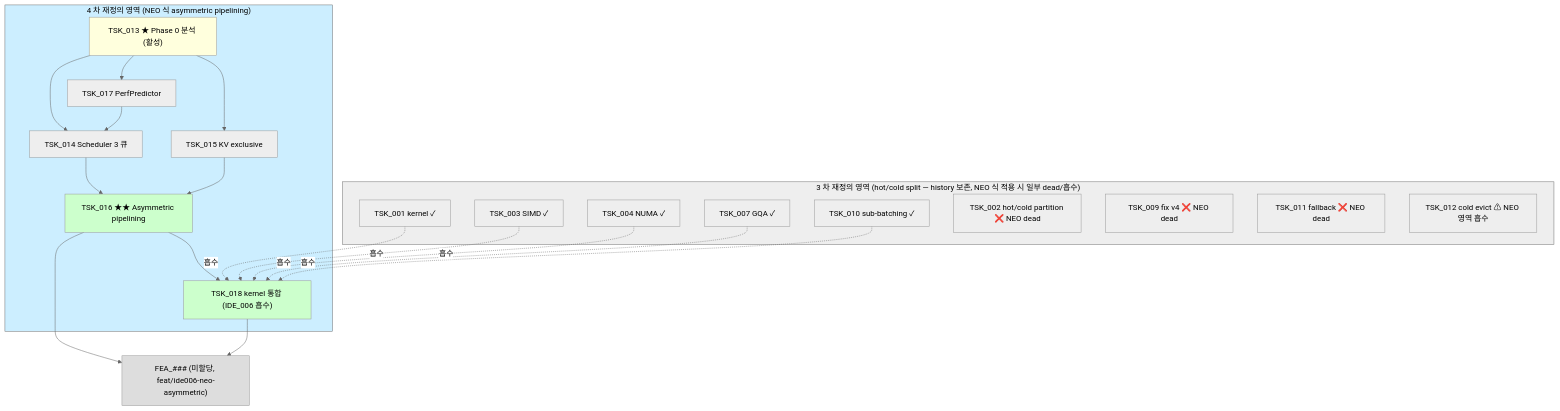
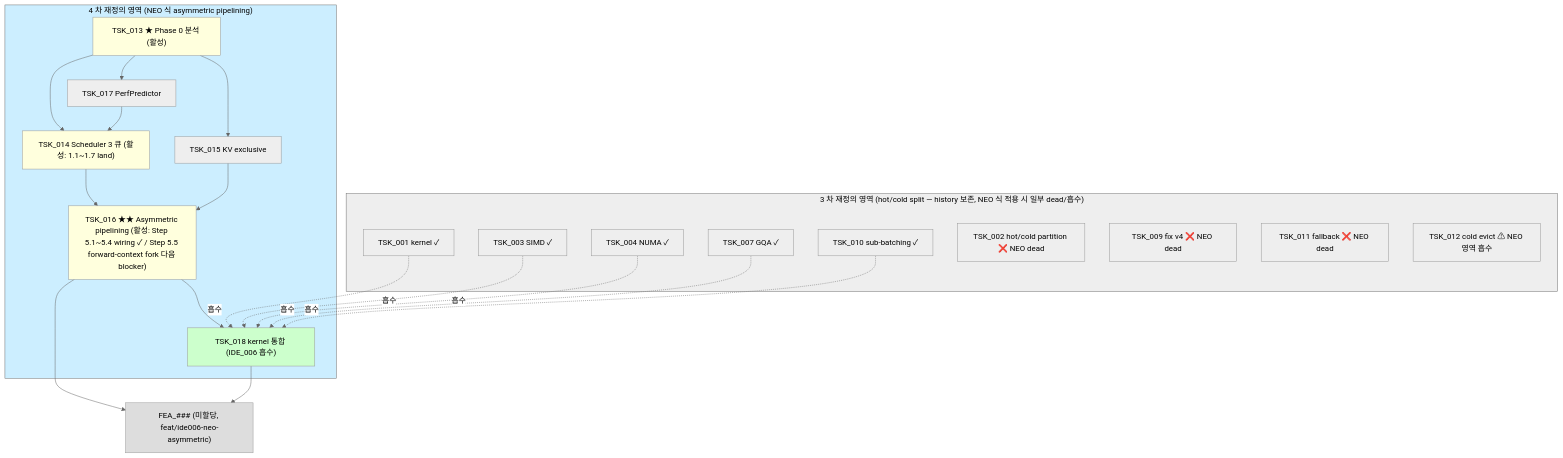
Before and after one commit to mystous/vllm_hybrid: the second of 2 diagrams in shadow_assists/features/IDE_006/README.md, drawn with Mermaid (neutral theme). The commit also changed other lines of this file and 9 other files, not shown here.

First line of the commit message:
feat(IDE_006/TSK_016 Step 5.4): dual sub-batch forward 분기 + Qwen2 NEO port + 진단 chain

````diff
--- a/shadow_assists/features/IDE_006/README.md
+++ b/shadow_assists/features/IDE_006/README.md
@@ -319,48 +319,49 @@
 ```mermaid
 flowchart TB
     subgraph IDE006_LEGACY["3 차 재정의 영역 (hot/cold split — history 보존, NEO 식 적용 시 일부 dead/흡수)"]
         T1["TSK_001 kernel ✓"]
         T3["TSK_003 SIMD ✓"]
         T4["TSK_004 NUMA ✓"]
         T7["TSK_007 GQA ✓"]
         T10["TSK_010 sub-batching ✓"]
         T2["TSK_002 hot/cold partition ❌ NEO dead"]
         T9["TSK_009 fix v4 ❌ NEO dead"]
         T11["TSK_011 fallback ❌ NEO dead"]
         T12["TSK_012 cold evict ⚠ NEO 영역 흡수"]
     end
 
     subgraph IDE006_NEO["4 차 재정의 영역 (NEO 식 asymmetric pipelining)"]
         T13["TSK_013 ★ Phase 0 분석 (활성)"]
         T17["TSK_017 PerfPredictor"]
         T15["TSK_015 KV exclusive"]
-        T14["TSK_014 Scheduler 3 큐"]
-        T16["TSK_016 ★★ Asymmetric pipelining"]
+        T14["TSK_014 Scheduler 3 큐 (활성: 1.1~1.7 land)"]
+        T16["TSK_016 ★★ Asymmetric pipelining (활성: Step 5.1~5.4 wiring ✓ / Step 5.5 forward-context fork 다음 blocker)"]
         T18["TSK_018 kernel 통합 (IDE_006 흡수)"]
     end
 
     T13 --> T14
     T13 --> T15
     T13 --> T17
     T17 --> T14
     T14 --> T16
     T15 --> T16
     T16 --> T18
 
     T1 -.흡수.-> T18
     T3 -.흡수.-> T18
     T4 -.흡수.-> T18
     T7 -.흡수.-> T18
     T10 -.흡수.-> T18
 
     FEA["FEA_### (미할당, feat/ide006-neo-asymmetric)"]
     T16 --> FEA
     T18 --> FEA
 
     style IDE006_LEGACY fill:#eee,color:#000
     style IDE006_NEO fill:#cef,color:#000
     style T13 fill:#ffd,color:#000
-    style T16 fill:#cfc,color:#000
+    style T14 fill:#ffd,color:#000
+    style T16 fill:#ffd,color:#000
     style T18 fill:#cfc,color:#000
     style FEA fill:#ddd,color:#000
 ```
````
